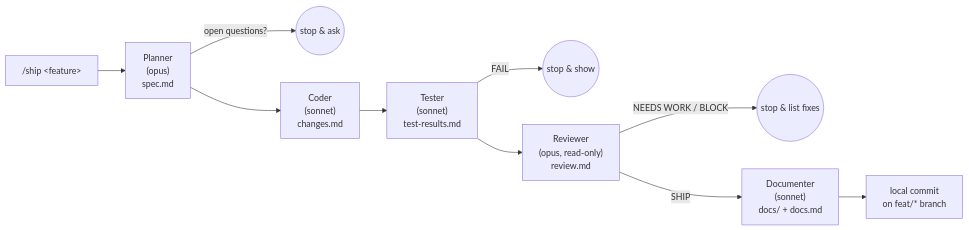
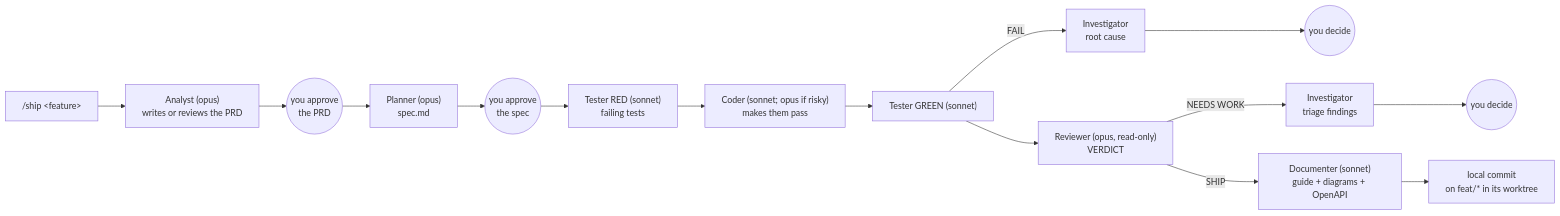
Before and after one commit to Altafhossain72/claude-ship-pipeline: the diagram in README.md, drawn with Mermaid. The commit also changed other lines of this file and 15 other files, not shown here.

````diff
--- a/README.md
+++ b/README.md
@@ -8,12 +9,15 @@
 ```mermaid
 flowchart LR
-    U["/ship &lt;feature&gt;"] --> P["Planner<br/>(opus)<br/>spec.md"]
-    P -->|open questions?| STOP1(("stop &amp; ask"))
-    P --> C["Coder<br/>(sonnet)<br/>changes.md"]
-    C --> T["Tester<br/>(sonnet)<br/>test-results.md"]
-    T -->|FAIL| STOP2(("stop &amp; show"))
-    T --> R["Reviewer<br/>(opus, read-only)<br/>review.md"]
-    R -->|NEEDS WORK / BLOCK| STOP3(("stop &amp; list fixes"))
-    R -->|SHIP| D["Documenter<br/>(sonnet)<br/>docs/ + docs.md"]
-    D --> G["local commit<br/>on feat/* branch"]
+    U["/ship &lt;feature&gt;"] --> A["Analyst (opus)<br/>writes or reviews the PRD"]
+    A --> G1(("you approve<br/>the PRD"))
+    G1 --> P["Planner (opus)<br/>spec.md"]
+    P --> G2(("you approve<br/>the spec"))
+    G2 --> R1["Tester RED (sonnet)<br/>failing tests"]
+    R1 --> C["Coder (sonnet; opus if risky)<br/>makes them pass"]
+    C --> R2["Tester GREEN (sonnet)"]
+    R2 -->|FAIL| I1["Investigator<br/>root cause"] --> S1(("you decide"))
+    R2 --> V["Reviewer (opus, read-only)<br/>VERDICT"]
+    V -->|NEEDS WORK| I2["Investigator<br/>triage findings"] --> S2(("you decide"))
+    V -->|SHIP| D["Documenter (sonnet)<br/>guide + diagrams + OpenAPI"]
+    D --> K["local commit<br/>on feat/* in its worktree"]
 ```
````
